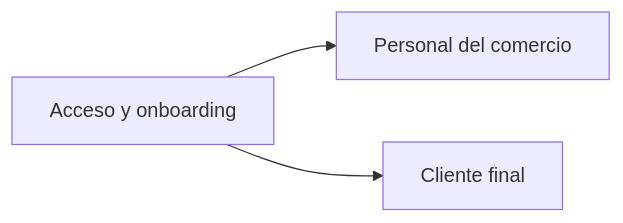
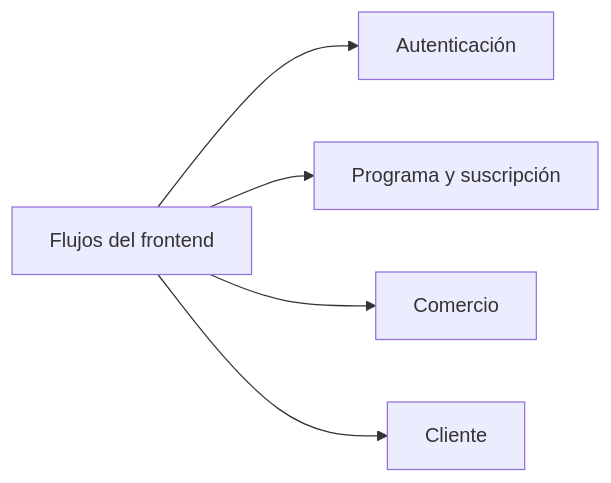
Before and after one commit to gagonzalez1/puntazo-docs: the diagram in docs/flows/00-frontend-flows.md, drawn with Mermaid. The commit also changed other lines of this file and 42 other files, not shown here.

Commit message:
docs: reconcile current Puntazo architecture and deployed environments

````diff
--- a/docs/flows/00-frontend-flows.md
+++ b/docs/flows/00-frontend-flows.md
@@ -17,13 +16,11 @@
 ```mermaid
 flowchart LR
-    AUTH["Acceso y onboarding"]
-    MERCHANT["Personal del comercio"]
-    CUSTOMER["Cliente final"]
-
-    AUTH --> MERCHANT
-    AUTH --> CUSTOMER
-
-    click AUTH href "#/flow-auth" "Abrir acceso"
-    click MERCHANT href "#/merchant-flows" "Abrir comercio"
-    click CUSTOMER href "#/customer-flows" "Abrir cliente"
+ HUB[Flujos del frontend] --> N0[Autenticación]
+ HUB[Flujos del frontend] --> N1[Programa y suscripción]
+ HUB[Flujos del frontend] --> N2[Comercio]
+ HUB[Flujos del frontend] --> N3[Cliente]
+ click N0 href "#/flow-auth" "Abrir Autenticación"
+ click N1 href "#/flow-plan-selection" "Abrir Programa y suscripción"
+ click N2 href "#/merchant-flows" "Abrir Comercio"
+ click N3 href "#/customer-flows" "Abrir Cliente"
 ```
````
